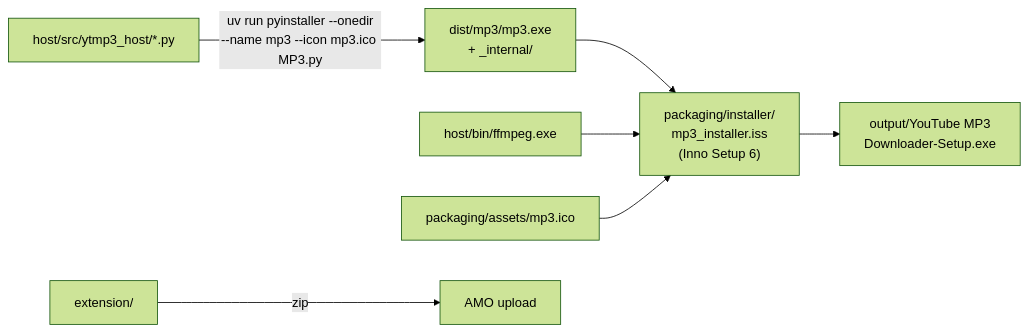
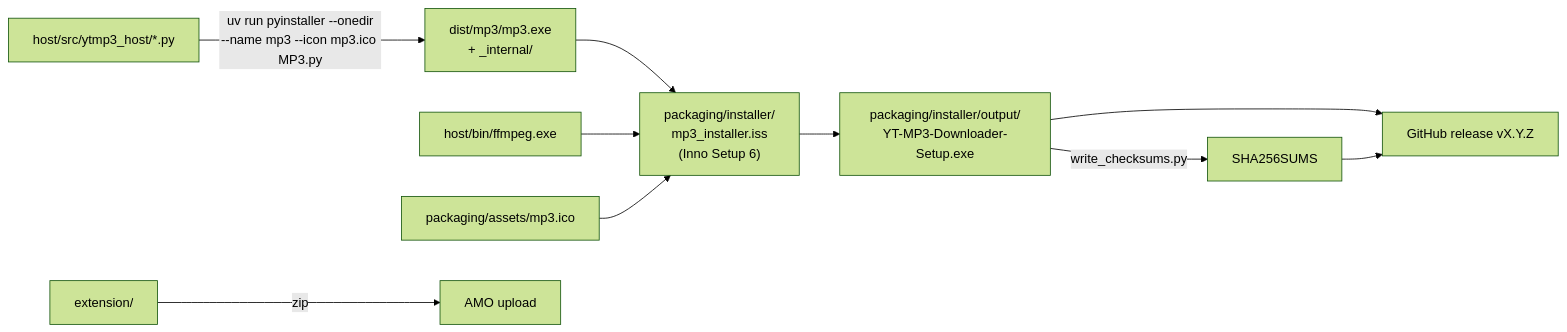
One commit to martin-iflap/YT-MP3-Downloader changed diagram 21 of 22 in ARCHITECTURE.md. Above: the diagram before and after it, drawn with Mermaid (forest theme). The commit also changed other lines of this file and 20 other files, not shown here.

````diff
--- a/ARCHITECTURE.md
+++ b/ARCHITECTURE.md
@@ -634,10 +1006,12 @@
 ```mermaid
 flowchart LR
     SRC["host/src/ytmp3_host/*.py"] -- "uv run pyinstaller --onedir<br/>--name mp3 --icon mp3.ico MP3.py" --> EXE["dist/mp3/mp3.exe<br/>+ _internal/"]
     EXE --> ISS["packaging/installer/<br/>mp3_installer.iss<br/>(Inno Setup 6)"]
     FFB["host/bin/ffmpeg.exe"] --> ISS
     ICO["packaging/assets/mp3.ico"] --> ISS
-    ISS --> SETUP["output/YouTube MP3<br/>Downloader-Setup.exe"]
-
+    ISS --> SETUP["packaging/installer/output/<br/>YT-MP3-Downloader-Setup.exe"]
+    SETUP -- "write_checksums.py" --> SUMS["SHA256SUMS"]
+    SETUP --> REL["GitHub release vX.Y.Z"]
+    SUMS --> REL
     EXT["extension/"] -- "zip" --> AMO["AMO upload"]
 ```
````
